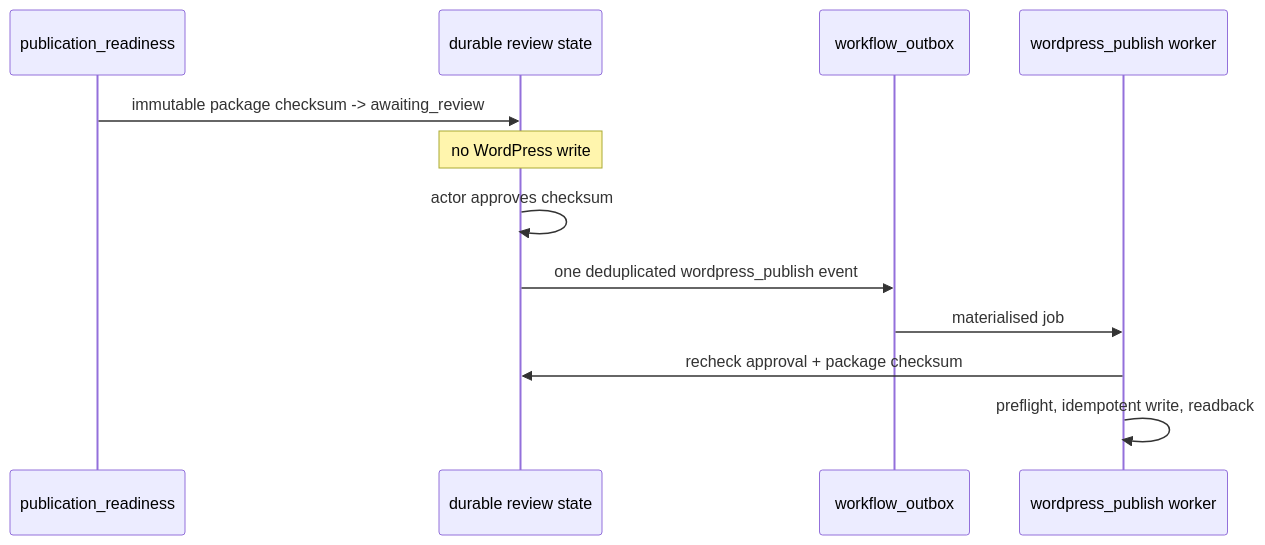
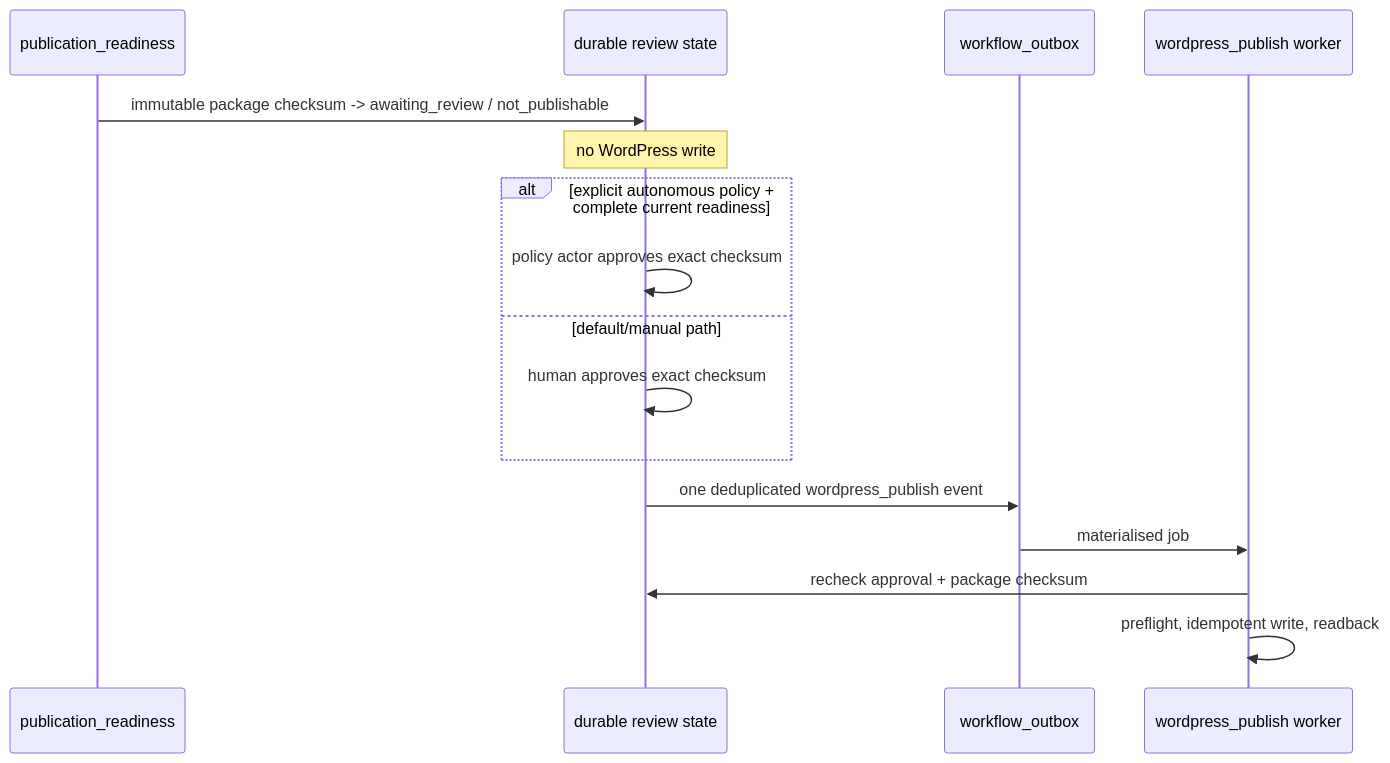
One commit to mbrakker/marketlense changed the fourth of 6 diagrams in docs/architecture/asynchronous-workflow-queue.md. Above: the diagram before and after it, drawn with Mermaid. The commit also changed other lines of this file and 17 other files, not shown here.

Commit message:
Enable policy-gated autonomous publication approval

````diff
--- a/docs/architecture/asynchronous-workflow-queue.md
+++ b/docs/architecture/asynchronous-workflow-queue.md
@@ -181,14 +184,18 @@
 ```mermaid
 sequenceDiagram
   participant R as publication_readiness
   participant D as durable review state
   participant O as workflow_outbox
   participant W as wordpress_publish worker
-  R->>D: immutable package checksum -> awaiting_review
+  R->>D: immutable package checksum -> awaiting_review / not_publishable
   Note over D: no WordPress write
-  D->>D: actor approves checksum
+  alt explicit autonomous policy + complete current readiness
+    D->>D: policy actor approves exact checksum
+  else default/manual path
+    D->>D: human approves exact checksum
+  end
   D->>O: one deduplicated wordpress_publish event
   O->>W: materialised job
   W->>D: recheck approval + package checksum
   W->>W: preflight, idempotent write, readback
 ```
````
